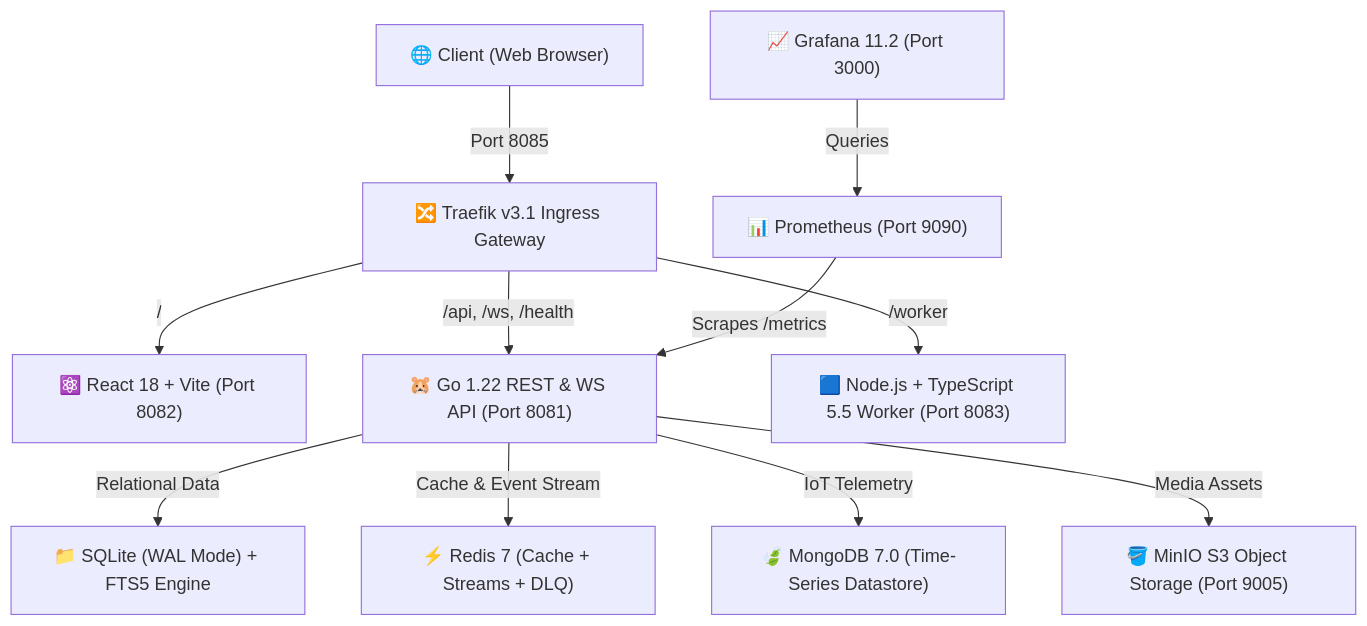
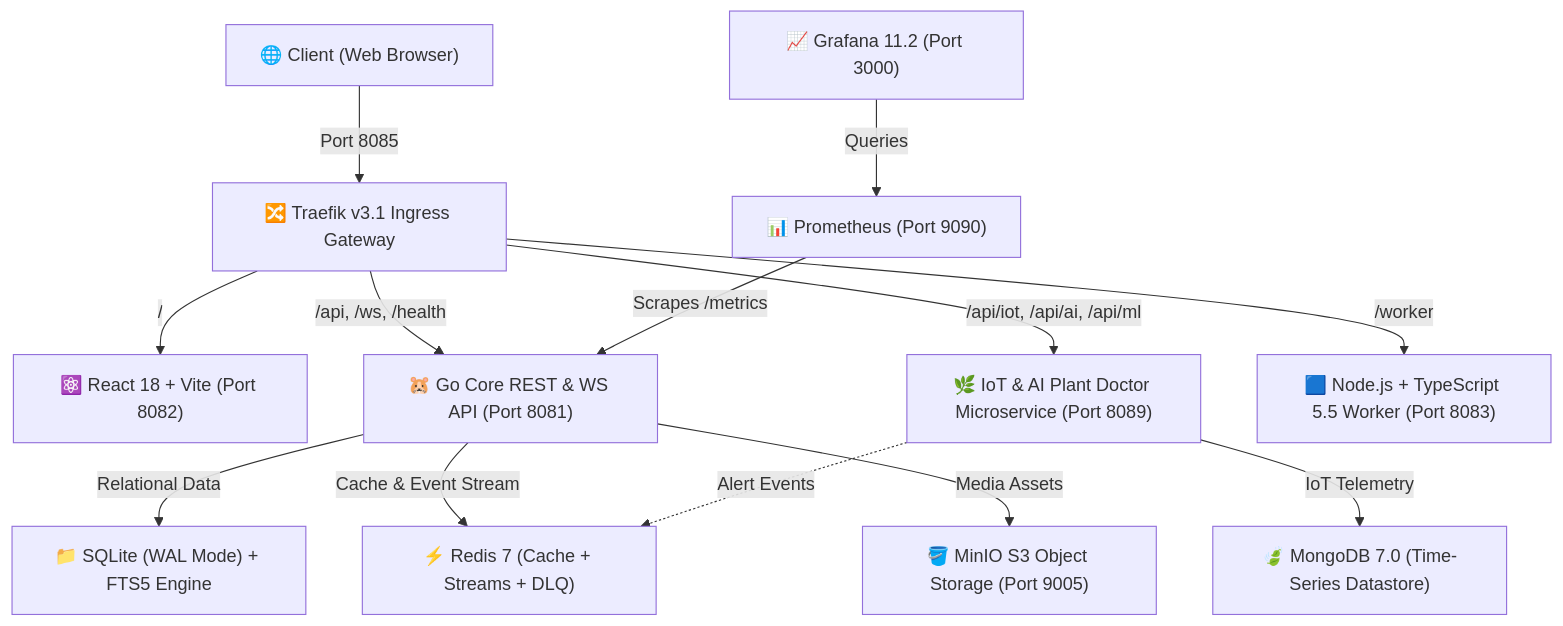
One commit to iftakhar-323/kather_baksho changed the diagram in README.md. Above: the diagram before and after it, drawn with Mermaid. The commit also changed other lines of this file and 23 other files, not shown here.

Commit message:
feat(microservices): extract autonomous IoT & AI Botanical Intelligence microservice with Traefik routing, distributed tracing, and reverse proxy fallback

````diff
--- a/README.md
+++ b/README.md
@@ -118,16 +122,18 @@
 ```mermaid
 flowchart TD
     Client["🌐 Client (Web Browser)"] -->|Port 8085| Traefik["🔀 Traefik v3.1 Ingress Gateway"]
     
     Traefik -->|/| Frontend["⚛️ React 18 + Vite (Port 8082)"]
-    Traefik -->|/api, /ws, /health| Backend["🐹 Go 1.22 REST & WS API (Port 8081)"]
+    Traefik -->|/api, /ws, /health| Backend["🐹 Go Core REST & WS API (Port 8081)"]
+    Traefik -->|/api/iot, /api/ai, /api/ml| IoTMicro["🌿 IoT & AI Plant Doctor Microservice (Port 8089)"]
     Traefik -->|/worker| Worker["🟦 Node.js + TypeScript 5.5 Worker (Port 8083)"]
     
     Backend -->|Relational Data| SQLite["📁 SQLite (WAL Mode) + FTS5 Engine"]
     Backend -->|Cache & Event Stream| Redis["⚡ Redis 7 (Cache + Streams + DLQ)"]
-    Backend -->|IoT Telemetry| Mongo["🍃 MongoDB 7.0 (Time-Series Datastore)"]
+    IoTMicro -->|IoT Telemetry| Mongo["🍃 MongoDB 7.0 (Time-Series Datastore)"]
+    IoTMicro -.->|Alert Events| Redis
     Backend -->|Media Assets| MinIO["🪣 MinIO S3 Object Storage (Port 9005)"]
     
     Prometheus["📊 Prometheus (Port 9090)"] -->|Scrapes /metrics| Backend
     Grafana["📈 Grafana 11.2 (Port 3000)"] -->|Queries| Prometheus
 ```
````
